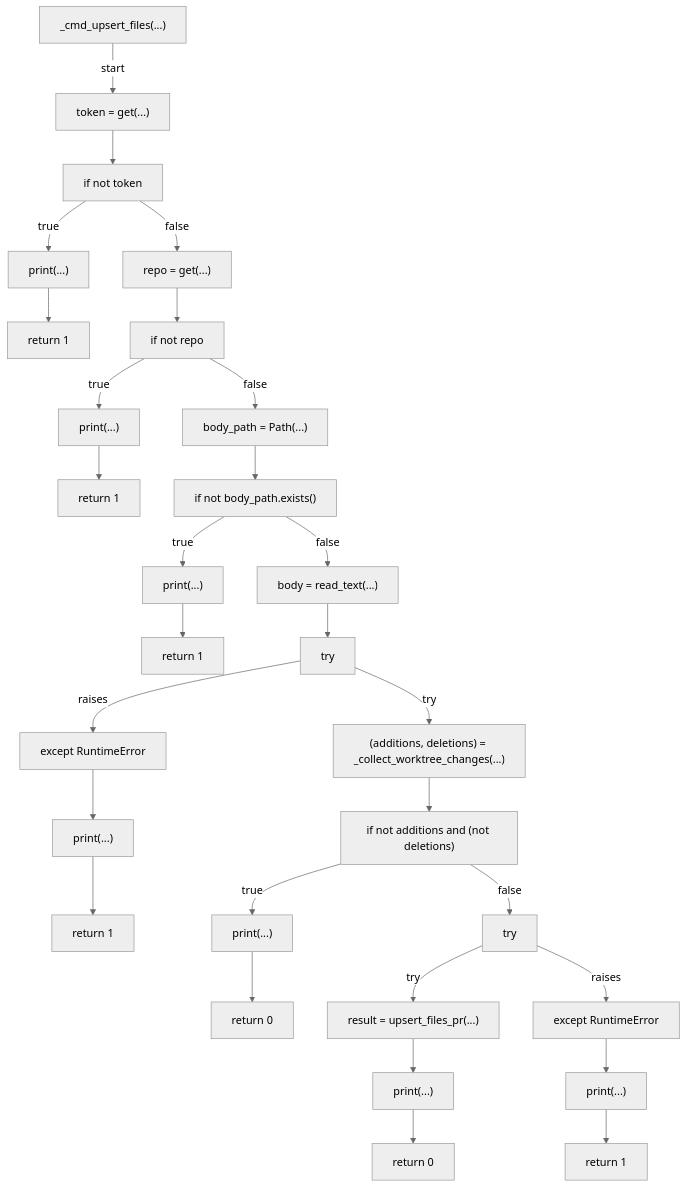
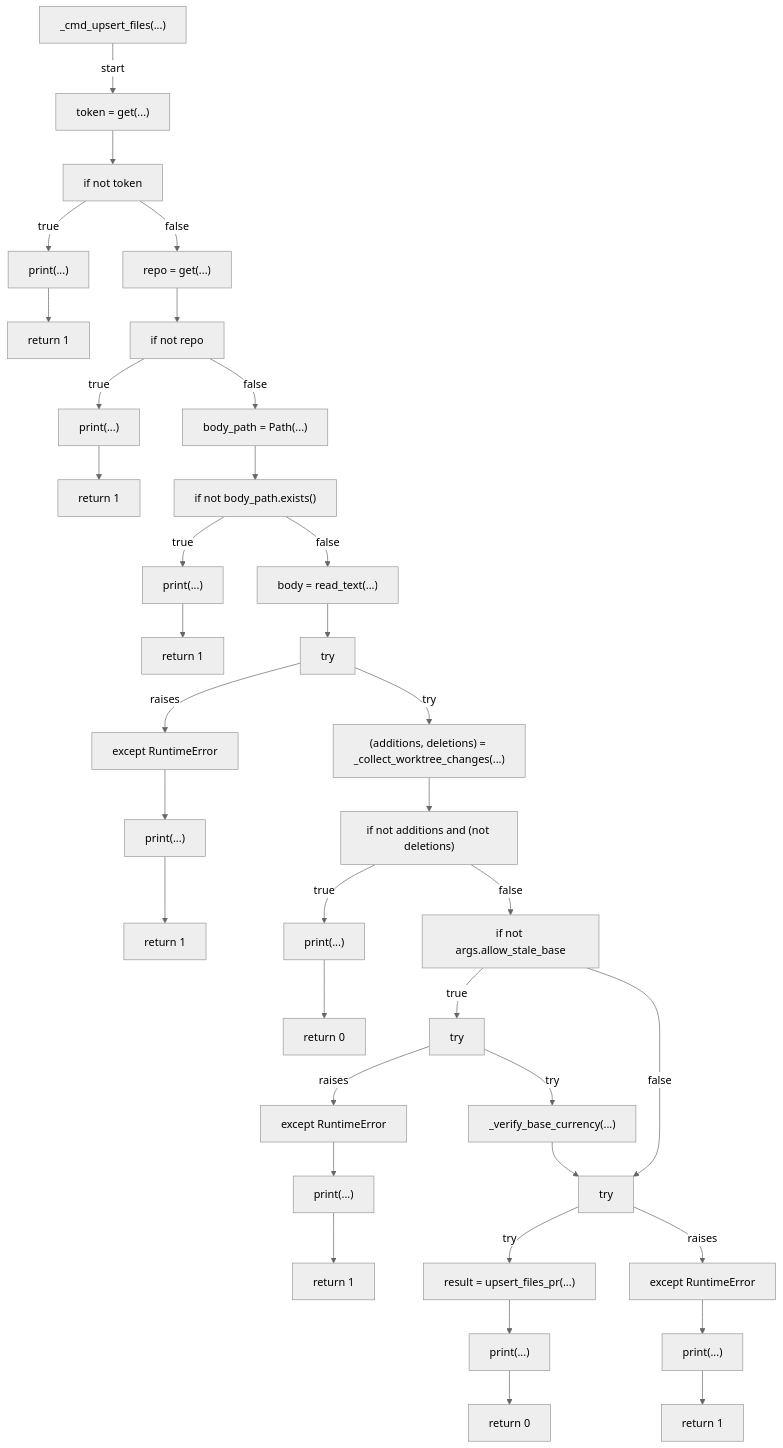
Before and after one commit to tvna/claude-md: diagram 22 of 23 in docs/generated/scripts/ast/pr_upsert.md, drawn with Mermaid (neutral theme). The commit also changed other lines of this file and 4 other files, not shown here.

First line of the commit message:
docs(generated): regenerate decision tree and workflow diagrams

````diff
--- a/docs/generated/scripts/ast/pr_upsert.md
+++ b/docs/generated/scripts/ast/pr_upsert.md
@@ -550,60 +550,73 @@
 ```mermaid
 flowchart TD
     N001["_cmd_upsert_files(...)"]
     N002["token = get(...)"]
     N003["if not token"]
     N004["print(...)"]
     N005["return 1"]
     N006["repo = get(...)"]
     N007["if not repo"]
     N008["print(...)"]
     N009["return 1"]
     N010["body_path = Path(...)"]
     N011["if not body_path.exists()"]
     N012["print(...)"]
     N013["return 1"]
     N014["body = read_text(...)"]
     N015["try"]
     N016["(additions, deletions) = _collect_worktree_changes(...)"]
     N017["except RuntimeError"]
     N018["print(...)"]
     N019["return 1"]
     N020["if not additions and (not deletions)"]
     N021["print(...)"]
     N022["return 0"]
-    N023["try"]
-    N024["result = upsert_files_pr(...)"]
-    N025["except RuntimeError"]
-    N026["print(...)"]
-    N027["return 1"]
-    N028["print(...)"]
-    N029["return 0"]
+    N023["if not args.allow_stale_base"]
+    N024["try"]
+    N025["_verify_base_currency(...)"]
+    N026["except RuntimeError"]
+    N027["print(...)"]
+    N028["return 1"]
+    N029["try"]
+    N030["result = upsert_files_pr(...)"]
+    N031["except RuntimeError"]
+    N032["print(...)"]
+    N033["return 1"]
+    N034["print(...)"]
+    N035["return 0"]
     N001 -->|"start"| N002
     N002 --> N003
     N003 -->|"true"| N004
     N004 --> N005
     N003 -->|"false"| N006
     N006 --> N007
     N007 -->|"true"| N008
     N008 --> N009
     N007 -->|"false"| N010
     N010 --> N011
     N011 -->|"true"| N012
     N012 --> N013
     N011 -->|"false"| N014
     N014 --> N015
     N015 -->|"try"| N016
     N015 -->|"raises"| N017
     N017 --> N018
     N018 --> N019
     N016 --> N020
     N020 -->|"true"| N021
     N021 --> N022
     N020 -->|"false"| N023
-    N023 -->|"try"| N024
-    N023 -->|"raises"| N025
-    N025 --> N026
+    N023 -->|"true"| N024
+    N024 -->|"try"| N025
+    N024 -->|"raises"| N026
     N026 --> N027
-    N024 --> N028
-    N028 --> N029
+    N027 --> N028
+    N025 --> N029
+    N023 -->|"false"| N029
+    N029 -->|"try"| N030
+    N029 -->|"raises"| N031
+    N031 --> N032
+    N032 --> N033
+    N030 --> N034
+    N034 --> N035
 ```
````
